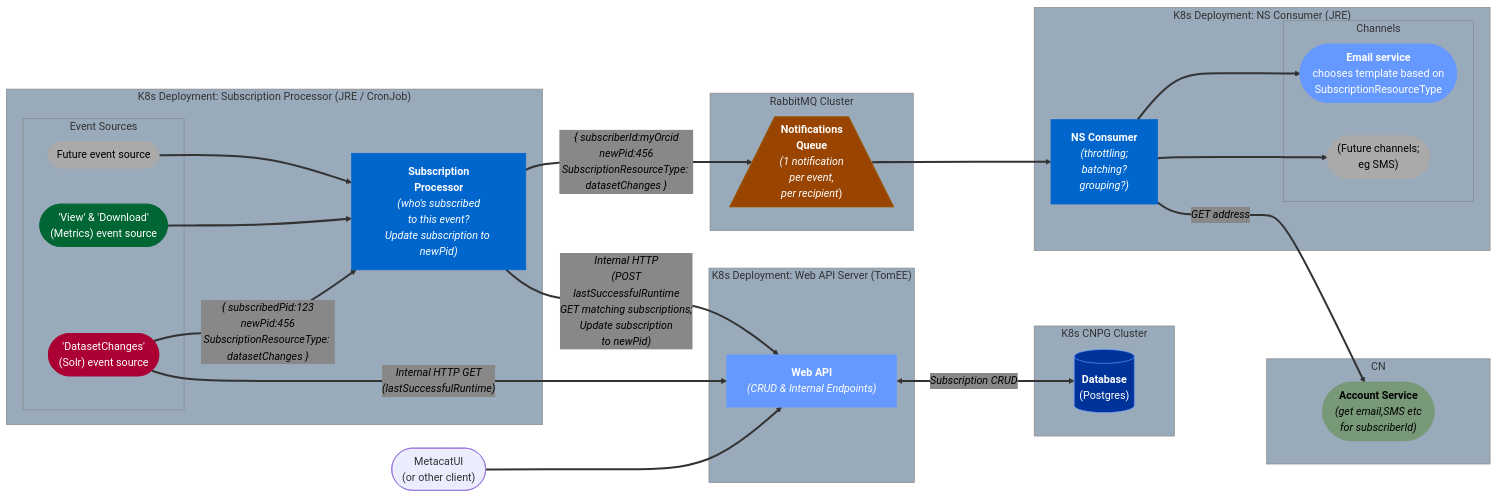
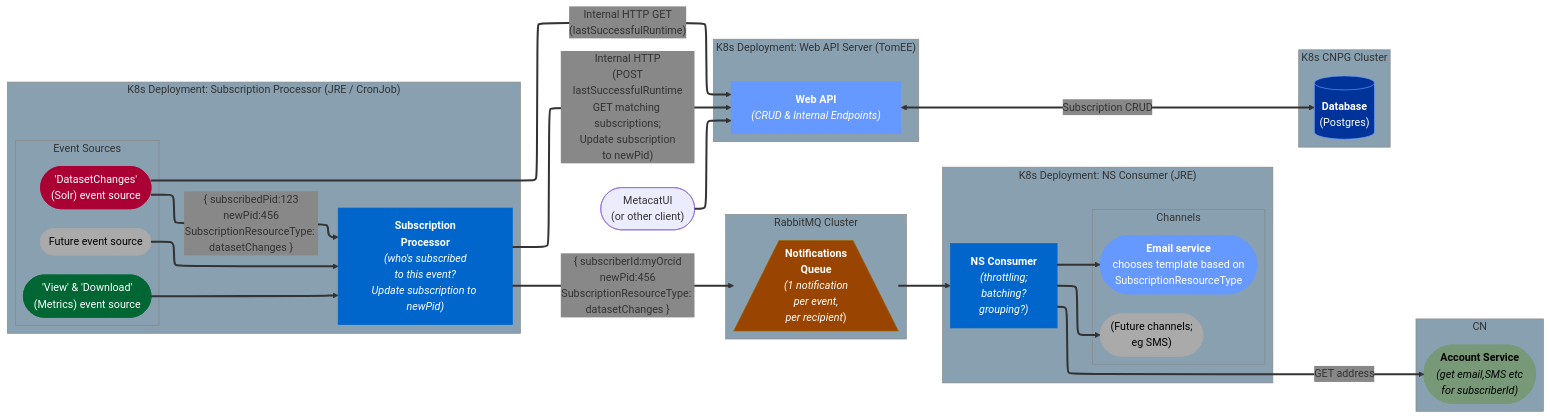
The diagram in docs/architecture.mmd (DataONEorg/notification-service), drawn with Mermaid before and after one commit.

Commit message:
Change config.layout in architecture.mmd
Updated cluster background color in architecture diagram.

```diff
--- a/docs/architecture.mmd
+++ b/docs/architecture.mmd
@@ -1,66 +1,67 @@
 ---
 config:
+  layout: "elk"
   themeVariables:
     clusterBorder: "#888888"
-    clusterBkg: "#99aabb"
+    clusterBkg: "#88a0b0"
     edgeLabelBackground: "#888888"
 ---
 flowchart LR
         subgraph RabbitMQ Cluster
             Q["<b>Notifications<br/>Queue</b><br/><em>(1 notification<br/>per event,<br/>per recipient</em>)"]@{ shape: trapezoid-bottom }
         end
 
         subgraph "CN"
             account-svc(["<b>Account Service</b><br/><em>(get email,SMS etc<br/>for subscriberId)</em>"])
         end
 
         subgraph K8s CNPG Cluster
             DB["<b>Database</b><br/>(Postgres)"]@{ shape: cylinder }
         end
 
         subgraph "K8s Deployment: Web API Server (TomEE)"
             web-api["<b>Web API</b><br/><em>(CRUD & Internal Endpoints)</em>"]
         end
 
         subgraph "K8s Deployment: Subscription Processor (JRE / CronJob)"
             subgraph "Event Sources"
                 ds-src(["'DatasetChanges'<br/>(Solr) event source"])
                 mtrx-src(["'View' & 'Download'<br/>(Metrics) event source"])
                 fut-src(["Future event source"])
             end
             subs-proc["<b>Subscription<br/>Processor</b><br/><em>(who's subscribed<br/>to this event?<br/>Update subscription to newPid)</em>"]
         end
 
         subgraph "K8s Deployment: NS Consumer (JRE)"
             consumer["<b>NS Consumer</b><br/><em>(throttling;<br/>batching?<br/>grouping?)</em>"]
             subgraph Channels
                 email-svc(["<b>Email service</b><br/>chooses template based on<br/>SubscriptionResourceType"])
                 fut-channel(["(Future channels;<br/>eg SMS)"])
             end
         end
 
         metacatui(["MetacatUI<br/>(or other client)"]) --> web-api
         subs-proc -- "{ subscriberId:myOrcid<br/>newPid:456<br/>SubscriptionResourceType: datasetChanges }" --> Q
         consumer -- "GET address" --> account-svc
         Q --> consumer
         consumer --> fut-channel
         consumer --> email-svc
         ds-src -- "{ subscribedPid:123<br/>newPid:456<br/>SubscriptionResourceType: datasetChanges }" --> subs-proc
         mtrx-src --> subs-proc
         fut-src --> subs-proc
         ds-src -- "Internal HTTP GET<br/>(lastSuccessfulRuntime)" --> web-api
         subs-proc -- "Internal HTTP<br/>(POST<br/>lastSuccessfulRuntime<br/>GET matching subscriptions;<br/>Update subscription<br/>to newPid)" --> web-api
         web-api <-- Subscription CRUD --> DB
 
     linkStyle default stroke-width:3px,color:#000000,font-style:italic
     style ds-src color:#FFFFFF, stroke:#AA0033, fill:#AA0033
     style mtrx-src color:#FFFFFF, stroke:#006633, fill:#006633
     style subs-proc color:#FFFFFF, stroke:#0066CC, fill:#0066CC
     style Q color:#FFFFFF, stroke:#996600, fill:#994400
     style consumer color:#FFFFFF, stroke:#0066CC, fill:#0066CC
     style email-svc color:#FFFFFF, stroke:#6699FF, fill:#6699FF
     style web-api color:#FFFFFF, stroke:#6699FF, fill:#6699FF
     style fut-channel color:#000000, stroke:#aaaaaa, fill:#aaaaaa
     style fut-src color:#000000, stroke:#aaaaaa, fill:#aaaaaa
     style DB color:#FFFFFF, stroke:#6699FF, fill:#003399
     style account-svc color:#000000, stroke:#779977, fill:#779977
```
